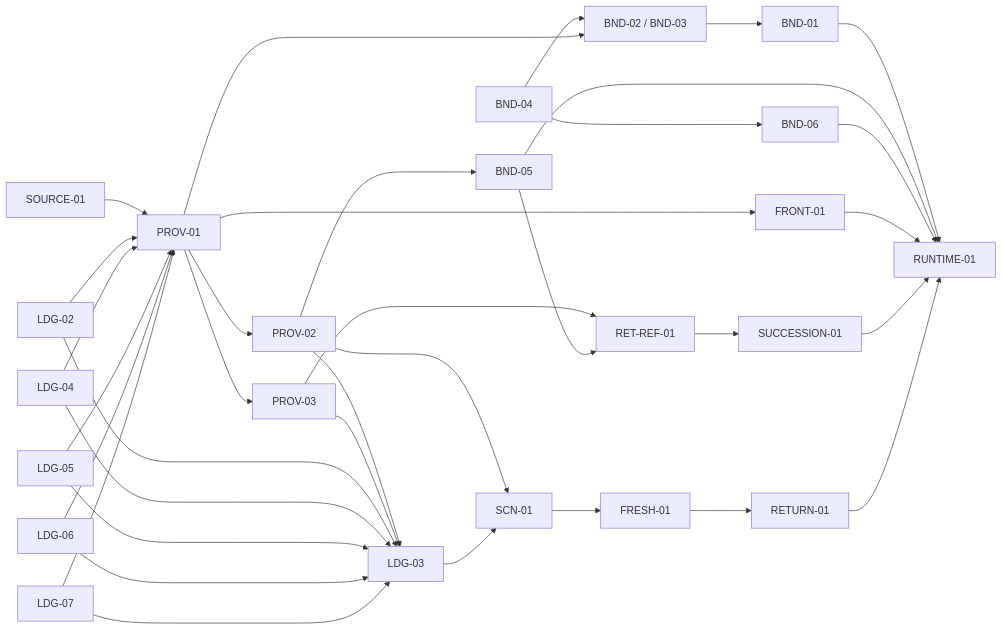
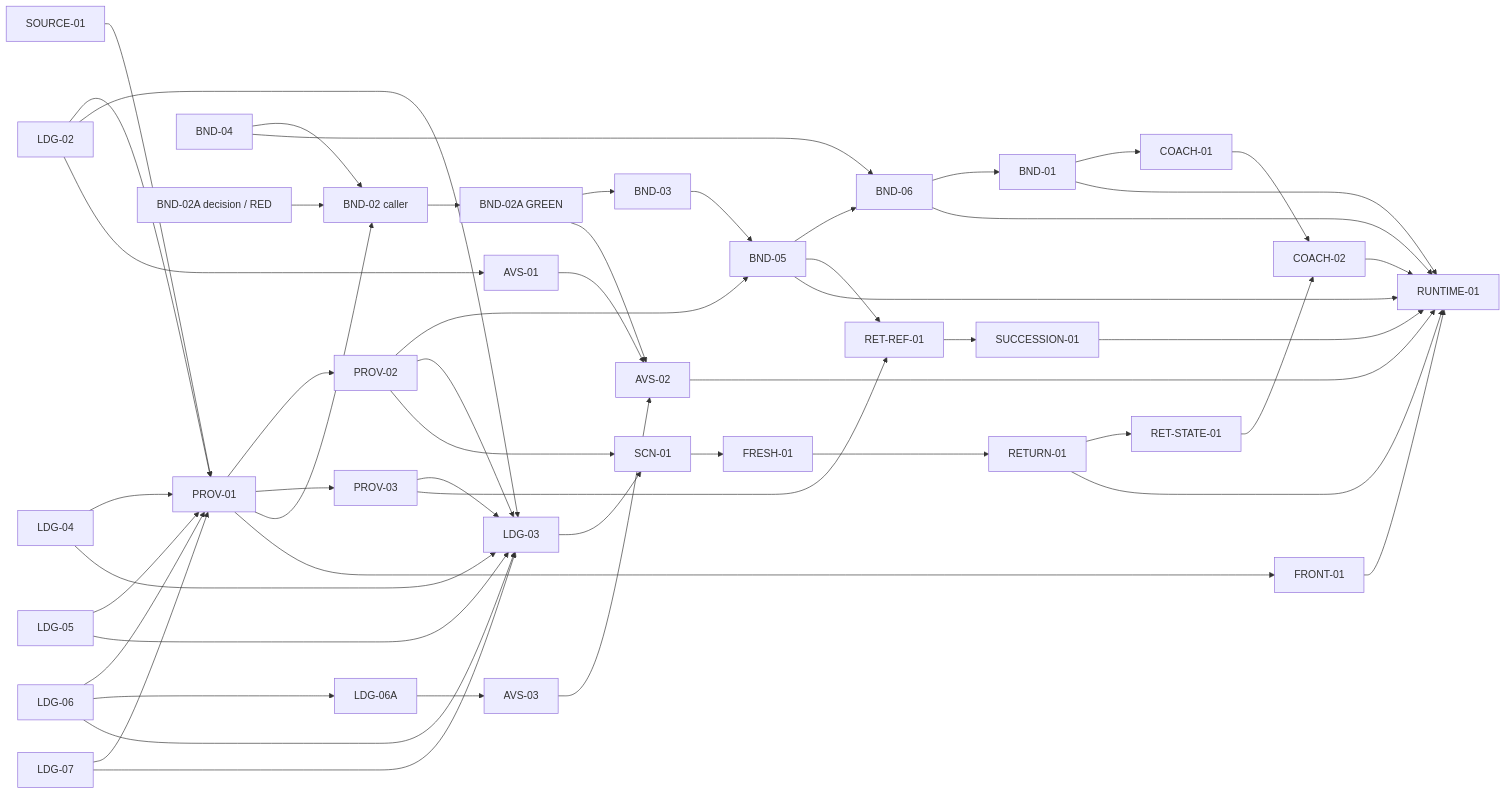
One commit to MINT-IA/MINT changed the diagram in .planning/phases/37-ledger-runtime-readiness/37-RESEARCH.md. Above: the diagram before and after it, drawn with Mermaid. The commit also changed other lines of this file and 18 other files, not shown here.

````diff
--- a/.planning/phases/37-ledger-runtime-readiness/37-RESEARCH.md
+++ b/.planning/phases/37-ledger-runtime-readiness/37-RESEARCH.md
@@ -157,37 +161,54 @@
 ```mermaid
 flowchart LR
   SRC["SOURCE-01"] --> P1["PROV-01"]
   L2["LDG-02"] --> P1
   L4["LDG-04"] --> P1
   L5["LDG-05"] --> P1
   L6["LDG-06"] --> P1
+  L6 --> L6A["LDG-06A"]
   L7["LDG-07"] --> P1
-  B4["BND-04"] --> BR["BND-02 / BND-03"]
+  B4["BND-04"] --> B2["BND-02 caller"]
+  BA0["BND-02A decision / RED"] --> B2
   P1 --> P2["PROV-02"]
   P1 --> P3["PROV-03"]
-  P1 --> BR
+  P1 --> B2
+  B2 --> BA1["BND-02A GREEN"]
+  BA1 --> B3["BND-03"]
   P2 --> B5["BND-05"]
+  B3 --> B5
   B4 --> B6["BND-06"]
-  BR --> B1["BND-01"]
+  B5 --> B6
+  B6 --> B1["BND-01"]
+  B1 --> C1["COACH-01"]
   P2 --> L3["LDG-03"]
   P3 --> L3
   L2 --> L3
   L4 --> L3
   L5 --> L3
   L6 --> L3
   L7 --> L3
   P1 --> F1["FRONT-01"]
+  L2 --> A1["AVS-01"]
+  L6A --> A3["AVS-03"]
+  A1 --> A2["AVS-02"]
+  A3 --> A2
+  BA1 --> A2
   P3 --> RR["RET-REF-01"]
   B5 --> RR
   RR --> SU["SUCCESSION-01"]
   P2 --> SC["SCN-01"]
   L3 --> SC
   SC --> FR["FRESH-01"]
   FR --> RT["RETURN-01"]
+  RT --> RS["RET-STATE-01"]
+  C1 --> C2["COACH-02"]
+  RS --> C2
   B1 --> RUN["RUNTIME-01"]
   B5 --> RUN
   B6 --> RUN
   F1 --> RUN
   SU --> RUN
   RT --> RUN
+  A2 --> RUN
+  C2 --> RUN
 ```
````
